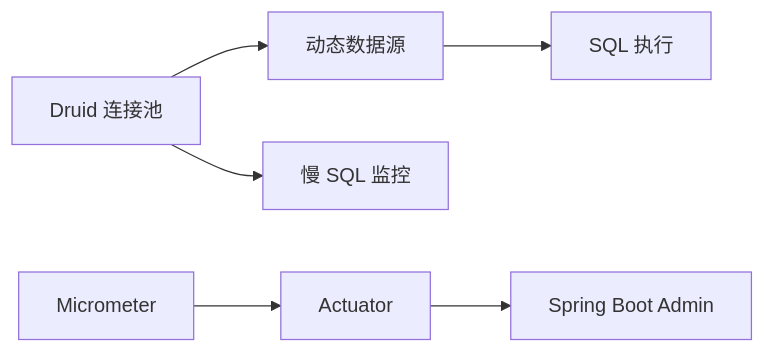
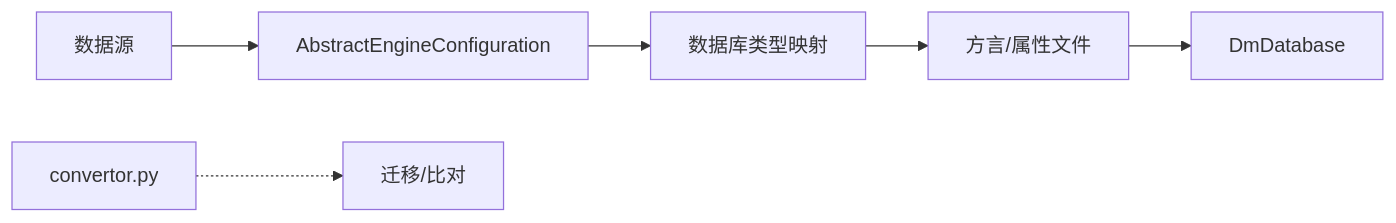
Before and after one commit to xiaoche80s-tech/rouyi-vue-pro: the sixth of 6 diagrams in .qoder/repowiki/zh/content/故障排查/数据库问题排查.md, drawn with Mermaid. The commit also changed other lines of this file and 840 other files, not shown here.

````diff
--- a/.qoder/repowiki/zh/content/故障排查/数据库问题排查.md
+++ b/.qoder/repowiki/zh/content/故障排查/数据库问题排查.md
@@ -246,8 +197,8 @@
 ```mermaid
 graph LR
-CP["Druid 连接池"] --> DS["动态数据源"]
-DS --> SQL["SQL 执行"]
-CP --> MON["慢 SQL 监控"]
-ACT["Actuator"] --> SBA["Spring Boot Admin"]
-MET["Micrometer"] --> ACT
+DataSource["数据源"] --> EngineCfg["AbstractEngineConfiguration"]
+EngineCfg --> DBType["数据库类型映射"]
+DBType --> Dialect["方言/属性文件"]
+Dialect --> Dm["DmDatabase"]
+Tool["convertor.py"] -.-> Migration["迁移/比对"]
 ```
````
